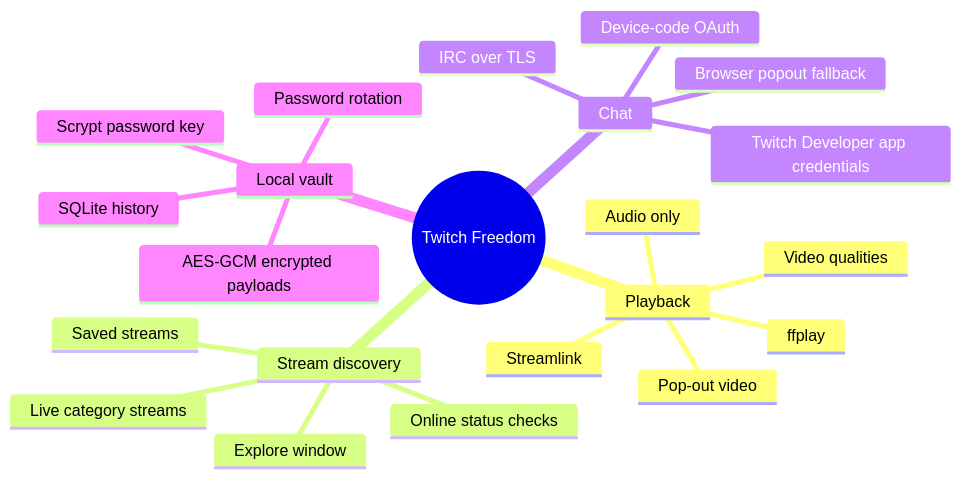
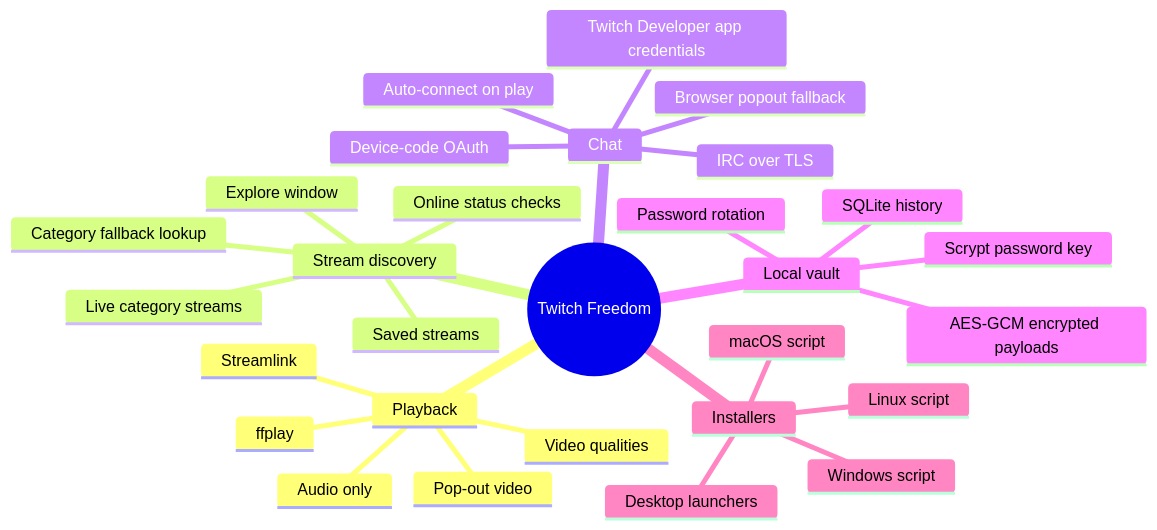
Before and after one commit to ornab74/twitchaudio: the first of 5 diagrams in README.md, drawn with Mermaid. The commit also changed other lines of this file and 3 other files, not shown here.

````diff
--- a/README.md
+++ b/README.md
@@ -26,25 +30,32 @@
 ```mermaid
 mindmap
   root((Twitch Freedom))
     Playback
       Audio only
       Video qualities
       Streamlink
       ffplay
       Pop-out video
     Stream discovery
       Saved streams
       Explore window
       Live category streams
+      Category fallback lookup
       Online status checks
     Chat
       Twitch Developer app credentials
       Device-code OAuth
       IRC over TLS
       Browser popout fallback
+      Auto-connect on play
     Local vault
       SQLite history
       AES-GCM encrypted payloads
       Scrypt password key
       Password rotation
+    Installers
+      Linux script
+      macOS script
+      Windows script
+      Desktop launchers
 ```
````
